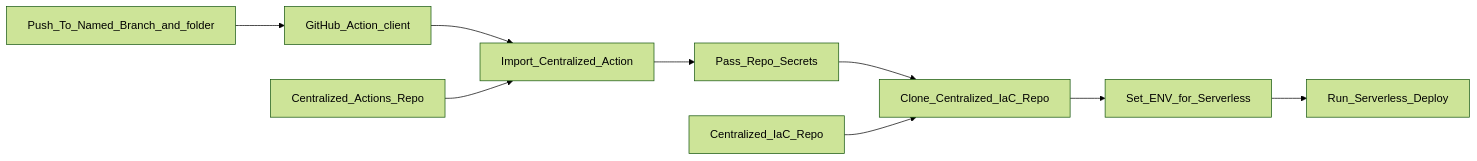
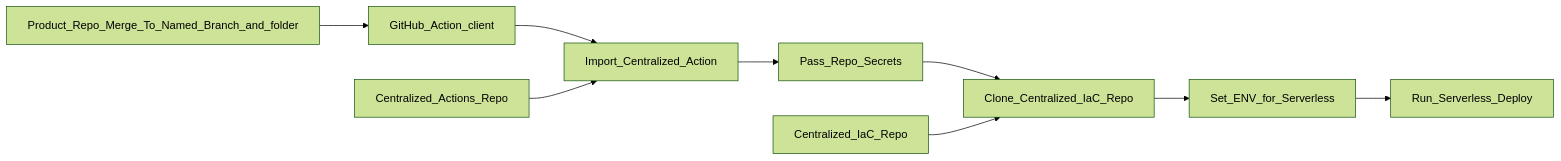
The diagram in README.md (OpsWrangler/OW-HelloWorld), drawn with Mermaid (forest theme) before and after one commit. The commit also changed other lines of this file, not shown here.

````diff
--- a/README.md
+++ b/README.md
@@ -20,12 +22,12 @@
 ```mermaid
 graph LR
-    Push_To_Named_Branch_and_folder -->
+    Product_Repo_Merge_To_Named_Branch_and_folder -->
     GitHub_Action_client -->
     Import_Centralized_Action -->
     Pass_Repo_Secrets -->
     Clone_Centralized_IaC_Repo -->
     Set_ENV_for_Serverless -->
     Run_Serverless_Deploy
     Centralized_Actions_Repo --> Import_Centralized_Action
     Centralized_IaC_Repo --> Clone_Centralized_IaC_Repo
 ```
````
